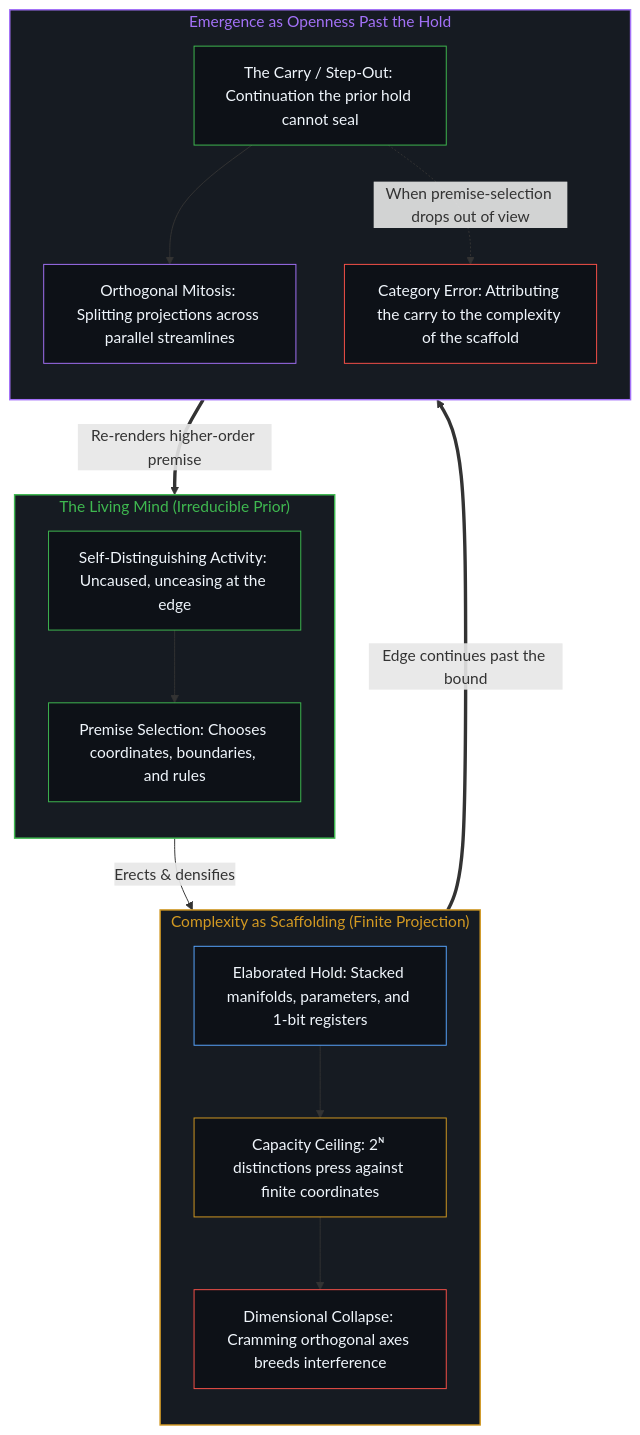
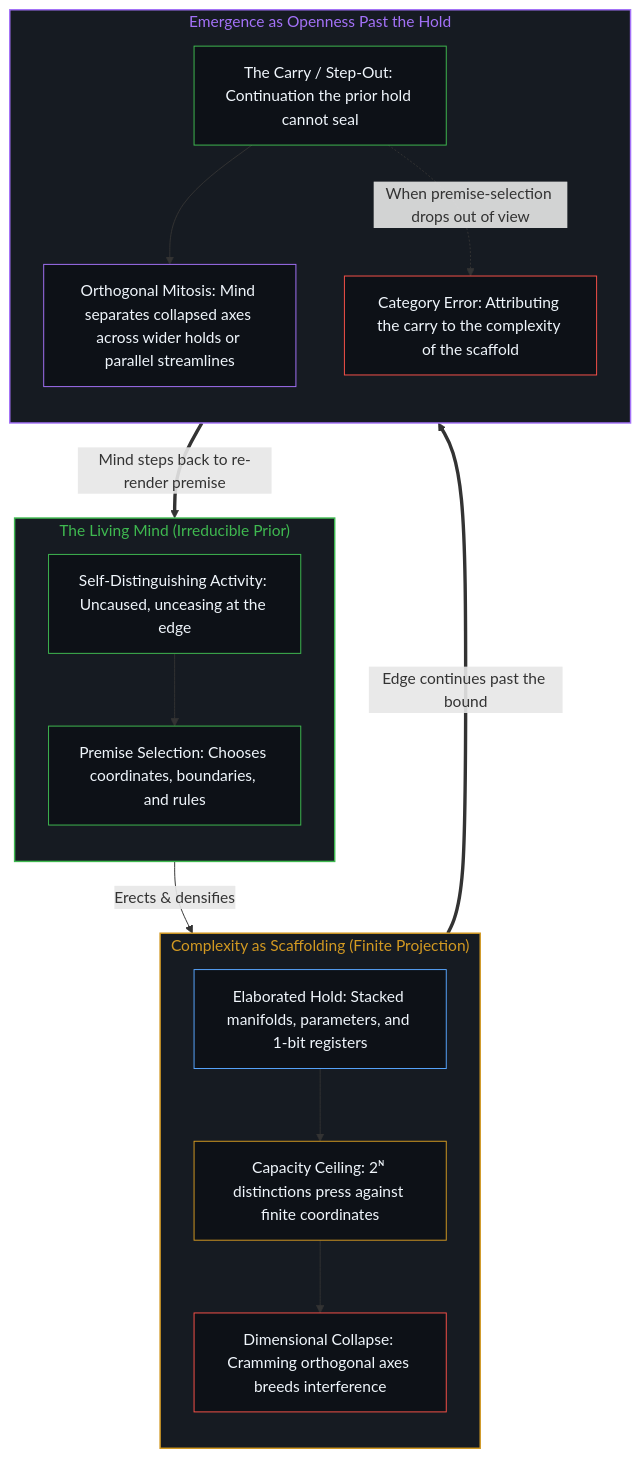
One commit to powerpig99/not-a-toe changed the second of 2 diagrams in content/posts/complexity-obscures-emergence-as-the-act-of-mind.md. Above: the diagram before and after it, drawn with Mermaid. The commit also changed other lines of this file and 6 other files, not shown here.

````diff
--- a/content/posts/complexity-obscures-emergence-as-the-act-of-mind.md
+++ b/content/posts/complexity-obscures-emergence-as-the-act-of-mind.md
@@ -68,38 +68,38 @@
 ```mermaid
 flowchart TD
     subgraph S_Edge["The Living Mind (Irreducible Prior)"]
         direction TB
         Act["Self-Distinguishing Activity: Uncaused, unceasing at the edge"]
         Select["Premise Selection: Chooses coordinates, boundaries, and rules"]
         Act --> Select
     end
     subgraph S_Hold["Complexity as Scaffolding (Finite Projection)"]
         direction TB
         Scaffold["Elaborated Hold: Stacked manifolds, parameters, and 1-bit registers"]
         Ceiling["Capacity Ceiling: 2ᴺ distinctions press against finite coordinates"]
         Collapse["Dimensional Collapse: Cramming orthogonal axes breeds interference"]
         Scaffold --> Ceiling --> Collapse
     end
     subgraph S_Open["Emergence as Openness Past the Hold"]
         direction TB
         Carry["The Carry / Step-Out: Continuation the prior hold cannot seal"]
-        Mitosis["Orthogonal Mitosis: Splitting projections across parallel streamlines"]
+        Mitosis["Orthogonal Mitosis: Mind separates collapsed axes across wider holds or parallel streamlines"]
         Error["Category Error: Attributing the carry to the complexity of the scaffold"]
         Carry --> Mitosis
         Carry -.->|"When premise-selection drops out of view"| Error
     end
     Select -->|"Erects & densifies"| Scaffold
     Ceiling ==>|"Edge continues past the bound"| Carry
-    Mitosis ==>|"Re-renders higher-order premise"| Select
+    Mitosis ==>|"Mind steps back to re-render premise"| Select
     style S_Edge fill:#161b22,stroke:#3fb950,stroke-width:1.5px,color:#3fb950
     style S_Hold fill:#161b22,stroke:#d29922,stroke-width:1.5px,color:#d29922
     style S_Open fill:#161b22,stroke:#a371f7,stroke-width:1.5px,color:#a371f7
     style Act fill:#0d1117,stroke:#3fb950,stroke-width:1px,color:#f0f6fc
     style Select fill:#0d1117,stroke:#3fb950,stroke-width:1px,color:#f0f6fc
     style Scaffold fill:#0d1117,stroke:#58a6ff,stroke-width:1px,color:#f0f6fc
     style Ceiling fill:#0d1117,stroke:#d29922,stroke-width:1px,color:#f0f6fc
     style Collapse fill:#0d1117,stroke:#f85149,stroke-width:1px,color:#f0f6fc
     style Carry fill:#0d1117,stroke:#3fb950,stroke-width:1px,color:#f0f6fc
     style Mitosis fill:#0d1117,stroke:#a371f7,stroke-width:1px,color:#f0f6fc
     style Error fill:#0d1117,stroke:#f85149,stroke-width:1px,color:#f0f6fc
 ```
````
